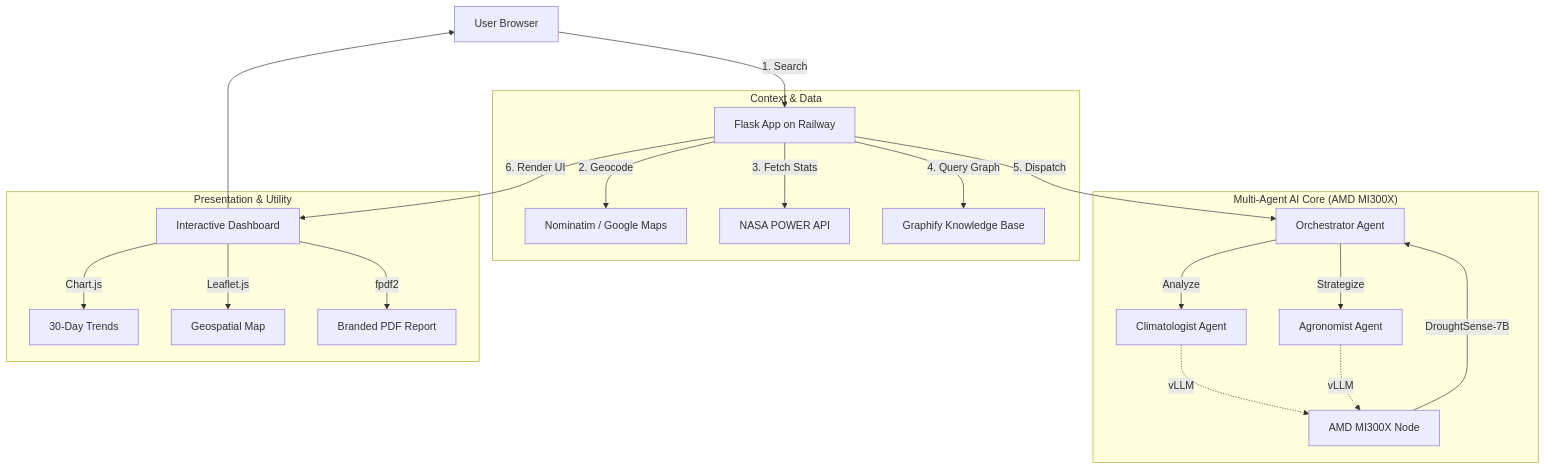
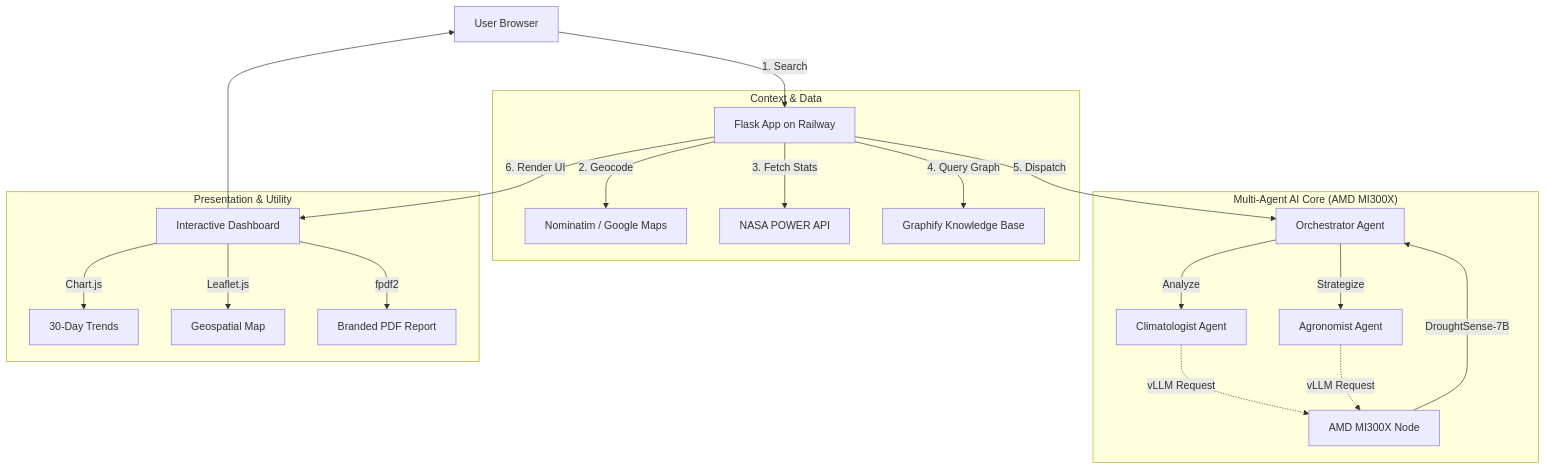
One commit to Ohiodawn/DroughtSense changed the diagram in README.md. Above: the diagram before and after it, drawn with Mermaid. The commit also changed other lines of this file, not shown here.

Commit message:
docs: optimize README for AMD credit request and judge review

````diff
--- a/README.md
+++ b/README.md
@@ -49,29 +59,28 @@
 ```mermaid
 graph TD
     User[User Browser] -->|1. Search| Flask[Flask App on Railway]
     
     subgraph "Context & Data"
         Flask -->|2. Geocode| Geo[Nominatim / Google Maps]
         Flask -->|3. Fetch Stats| NASA[NASA POWER API]
         Flask -->|4. Query Graph| Graphify[Graphify Knowledge Base]
     end
 
     subgraph "Multi-Agent AI Core (AMD MI300X)"
         Flask -->|5. Dispatch| Orchestrator[Orchestrator Agent]
         Orchestrator -->|Analyze| Climatologist[Climatologist Agent]
         Orchestrator -->|Strategize| Agronomist[Agronomist Agent]
-        Climatologist -.->|vLLM| MI300X[AMD MI300X Node]
-        Agronomist -.->|vLLM| MI300X
+        Climatologist -.->|vLLM Request| MI300X[AMD MI300X Node]
+        Agronomist -.->|vLLM Request| MI300X
         MI300X -->|DroughtSense-7B| Orchestrator
     end
-
+    
     subgraph "Presentation & Utility"
         Flask -->|6. Render UI| UI[Interactive Dashboard]
         UI -->|Chart.js| Trends[30-Day Trends]
         UI -->|Leaflet.js| Map[Geospatial Map]
         UI -->|fpdf2| PDF[Branded PDF Report]
     end
 
-
     UI --> User
 ```
````
